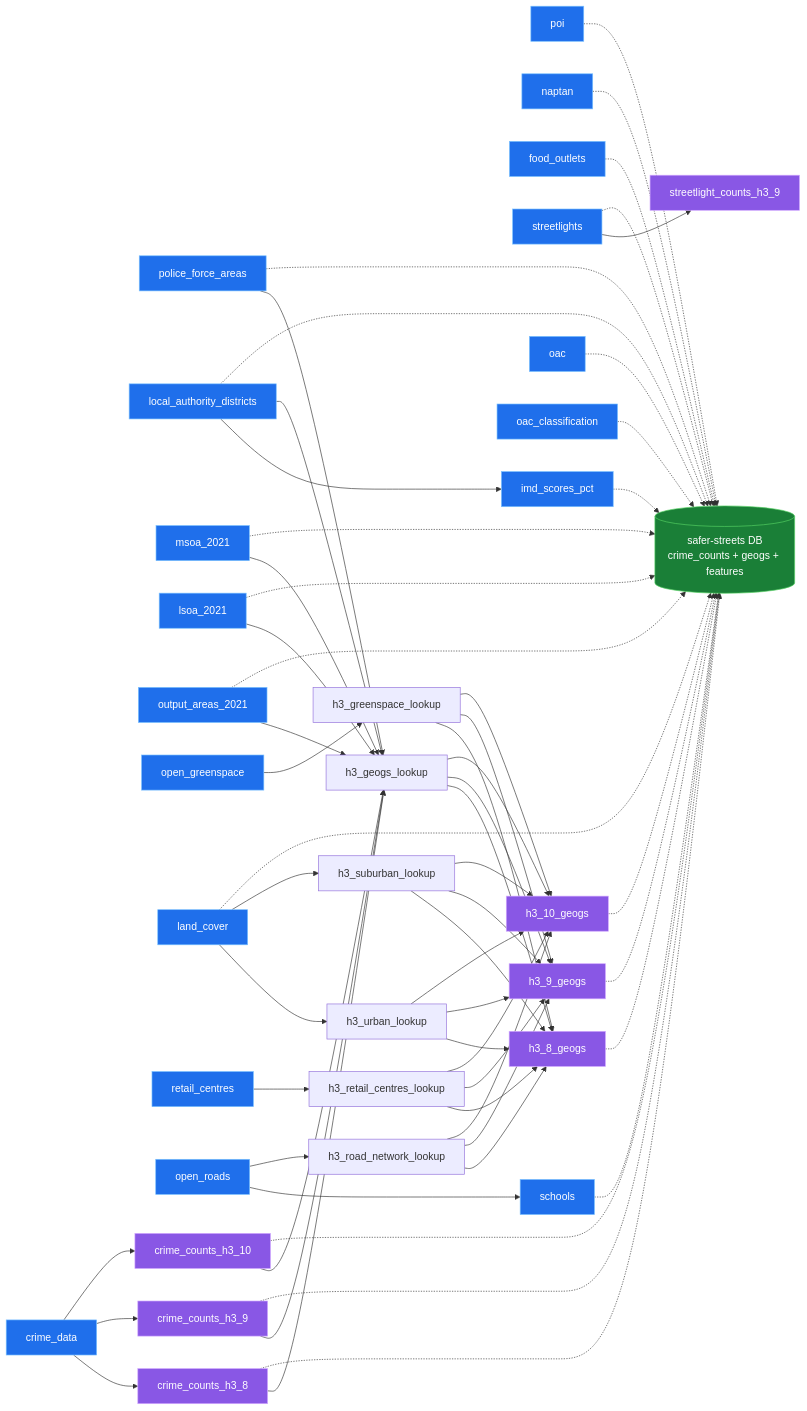
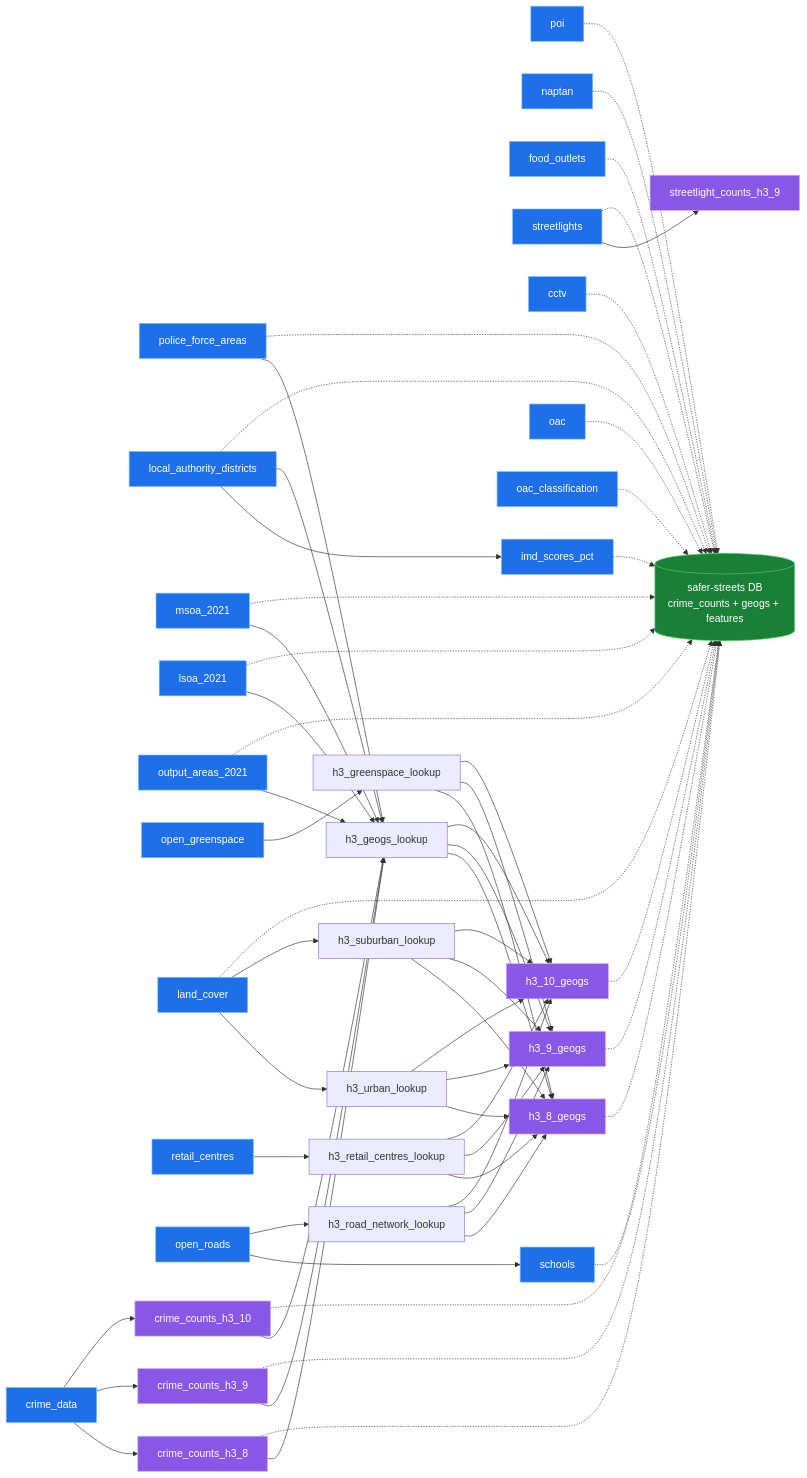
One commit to safer-streets/safer-streets-tooling changed the diagram in README.md. Above: the diagram before and after it, drawn with Mermaid. The commit also changed other lines of this file and 5 other files, not shown here.

First line of the commit message:
feat: add CCTV (OSM man_made=surveillance) to the extract

````diff
--- a/README.md
+++ b/README.md
@@ -59,6 +59,7 @@
    naptan
    food_outlets
    streetlights
+   cctv
    schools
    imd_scores_pct
    oac
@@ -139,6 +140,7 @@
     naptan -.-> database
     food_outlets -.-> database
     streetlights -.-> database
+    cctv -.-> database
     imd_scores_pct -.-> database
     land_cover -.-> database
     oac -.-> database
@@ -148,7 +150,7 @@
     classDef extract fill:#1f6feb,stroke:#79c0ff,stroke-width:1px,color:#ffffff;
     classDef transform fill:#8957e5,stroke:#d2a8ff,stroke-width:1px,color:#ffffff;
     classDef load fill:#1a7f37,stroke:#56d364,stroke-width:1px,color:#ffffff;
-    class crime_data,police_force_areas,local_authority_districts,msoa_2021,lsoa_2021,output_areas_2021,open_greenspace,land_cover,retail_centres,open_roads,poi,naptan,food_outlets,streetlights,schools,imd_scores_pct,oac,oac_classification extract;
+    class crime_data,police_force_areas,local_authority_districts,msoa_2021,lsoa_2021,output_areas_2021,open_greenspace,land_cover,retail_centres,open_roads,poi,naptan,food_outlets,streetlights,cctv,schools,imd_scores_pct,oac,oac_classification extract;
     class crime_counts_h3_8,crime_counts_h3_9,crime_counts_h3_10,streetlight_counts_h3_9,h3_8_geogs,h3_9_geogs,h3_10_geogs transform;
     class database load;
 ```
````
